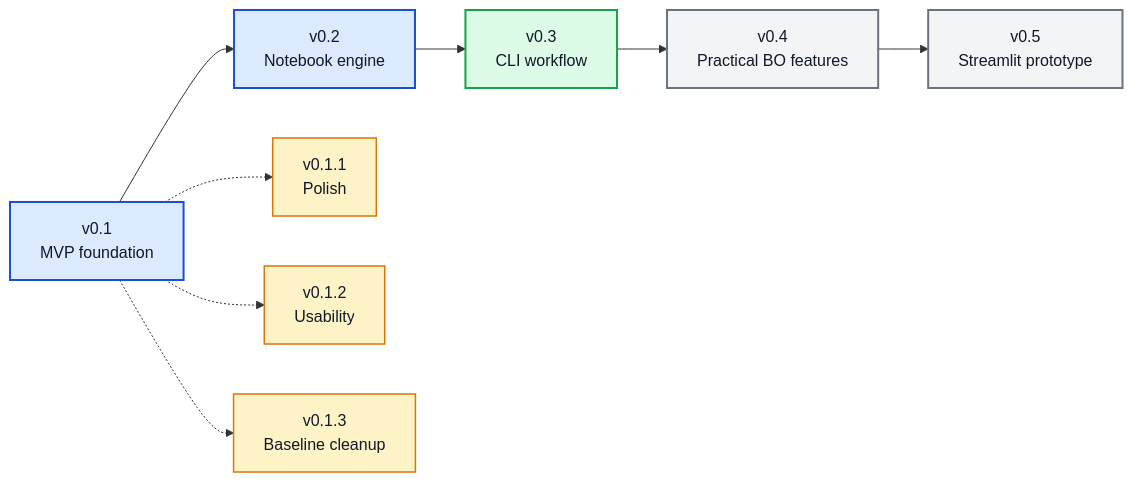
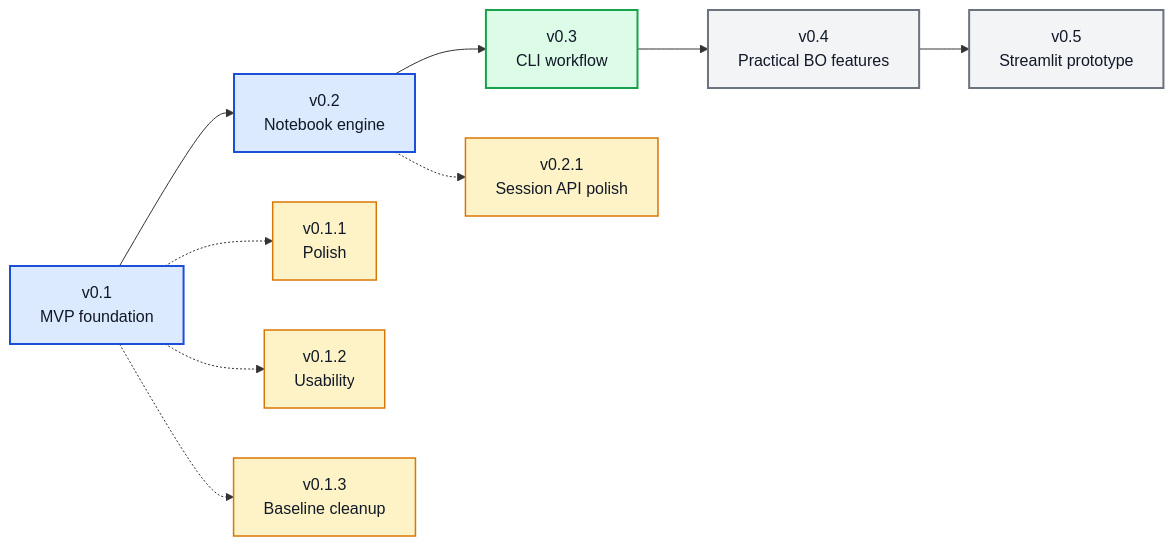
One commit to angzeli/bo-forge changed the diagram in ROADMAP.md. Above: the diagram before and after it, drawn with Mermaid. The commit also changed other lines of this file and 11 other files, not shown here.

Commit message:
v0.2.1 update: read-only API polish

````diff
--- a/ROADMAP.md
+++ b/ROADMAP.md
@@ -7,22 +7,24 @@
 ```mermaid
 flowchart LR
     v01["v0.1<br/>MVP foundation"] --> v02["v0.2<br/>Notebook engine"] --> v03["v0.3<br/>CLI workflow"] --> v04["v0.4<br/>Practical BO features"] --> v05["v0.5<br/>Streamlit prototype"]
 
     v011["v0.1.1<br/>Polish"]
     v012["v0.1.2<br/>Usability"]
     v013["v0.1.3<br/>Baseline cleanup"]
+    v021["v0.2.1<br/>Session API polish"]
     
     v01 -.-> v011
     v01 -.-> v012
     v01 -.-> v013
+    v02 -.-> v021
     
     class v01,v02 majorDone
     class v03 majorNext
     class v04,v05 majorFuture
-    class v011,v012,v013 patchDone
+    class v011,v012,v013,v021 patchDone
 
     classDef majorDone fill:#dbeafe,stroke:#1d4ed8,stroke-width:2px,color:#111827;
     classDef majorNext fill:#dcfce7,stroke:#16a34a,stroke-width:2px,color:#111827;
     classDef majorFuture fill:#f3f4f6,stroke:#6b7280,stroke-width:2px,color:#111827;
     classDef patchDone fill:#fef3c7,stroke:#d97706,stroke-width:1.5px,color:#111827;
 ```
````
